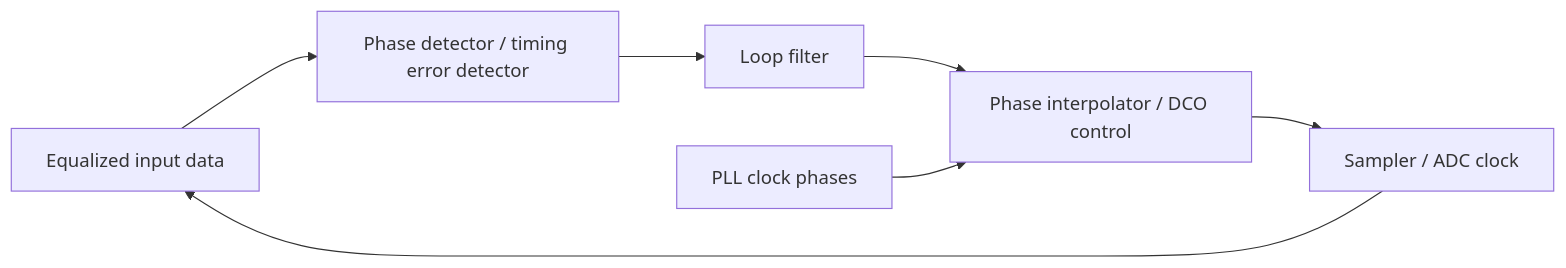
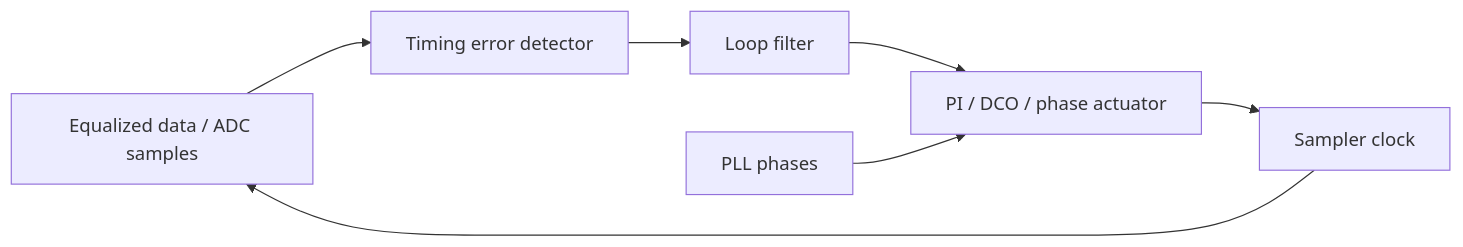
One commit to uopuwe/Second_Brain changed the first of 3 diagrams in 01_AnalogIC_SerDes/PLL_CDR_Clocking/cdr_jitter_tolerance.md. Above: the diagram before and after it, drawn with Mermaid. The commit also changed other lines of this file and 4 other files, not shown here.

````diff
--- a/01_AnalogIC_SerDes/PLL_CDR_Clocking/cdr_jitter_tolerance.md
+++ b/01_AnalogIC_SerDes/PLL_CDR_Clocking/cdr_jitter_tolerance.md
@@ -38,9 +146,9 @@
 ```mermaid
 flowchart LR
-  DATA[Equalized input data] --> PD[Phase detector / timing error detector]
-  PD --> LF[Loop filter]
-  LF --> PI[Phase interpolator / DCO control]
-  PLL[PLL clock phases] --> PI
-  PI --> SMP[Sampler / ADC clock]
-  SMP --> DATA
+  DIN[Equalized data / ADC samples] --> TED[Timing error detector]
+  TED --> LF[Loop filter]
+  LF --> ACT[PI / DCO / phase actuator]
+  CLK[PLL phases] --> ACT
+  ACT --> SMP[Sampler clock]
+  SMP --> DIN
 ```
````
